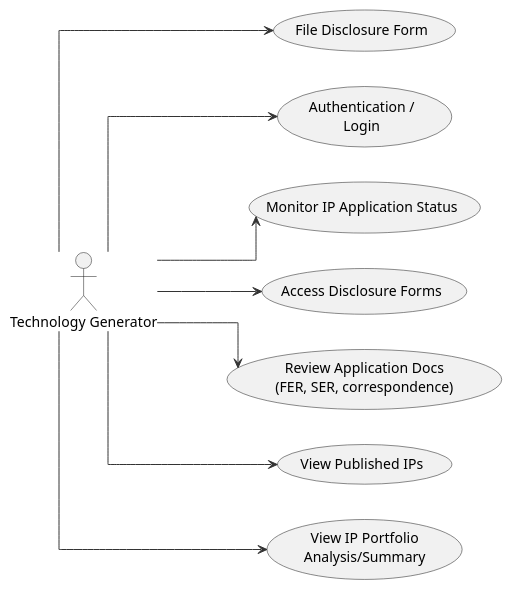
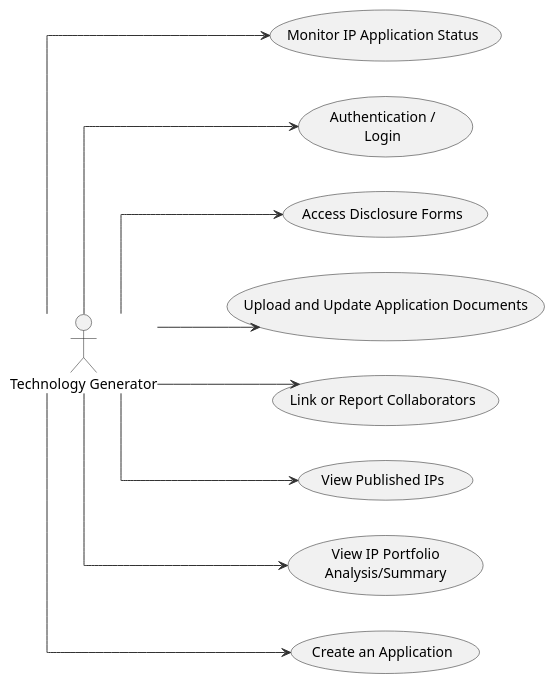
Before and after one commit to jrolana/iris: the diagram in uml diagrams code/uc_techgen.wsd, drawn with PlantUML. The commit also changed 9 other files, not shown here.

```diff
--- a/uml diagrams code/uc_techgen.wsd
+++ b/uml diagrams code/uc_techgen.wsd
@@ -1,46 +1,50 @@
 @startuml
 ' --- Top-down layout (no left-to-right) ---
 skinparam shadowing false
 skinparam linetype ortho
 skinparam ArrowColor #333
 skinparam ArrowThickness 1
 skinparam RankSep 70
 skinparam packageBorderColor white
 skinparam RectangleBorderColor white
 left to right direction
 
 ' Actor at top center
 actor "Technology Generator" as TG
 
 ' A small invisible anchor right under the actor helps keep arrows neat
 
 ' -------- Use cases distributed below (rows) --------
 ' Row 1
 together {
   usecase "Authentication /\nLogin" as UC_Login
   usecase "Monitor IP Application Status" as UC_Status
 }
 
 ' Row 2
 together {
   usecase "Access Disclosure Forms" as UC_Disclose
-  usecase "Review Application Docs\n(FER, SER, correspondence)" as UC_Doc
+  usecase "Upload and Update Application Documents" as UC_Doc
 }
 
 ' Row 3
 together {
   usecase "View Published IPs" as UC_Published
   usecase "View IP Portfolio\nAnalysis/Summary" as UC_Repo
 }
 
-usecase "File Disclosure Form" as UC_File
+together{
+  usecase "Create an Application" as UC_Create
+}
+  usecase "Link or Report Collaborators" as UC_Collaborators
 
 ' -------- One arrow per interaction (top → down) --------
-TG -d-> UC_File
+TG -d-> UC_Create
 TG -d-> UC_Login
-TG --> UC_Status
-TG -d-> UC_Disclose
+TG -r-> UC_Status
+TG -r-> UC_Disclose
 TG --> UC_Doc
 TG --> UC_Published
 TG --> UC_Repo
+TG --> UC_Collaborators
 @enduml
```
